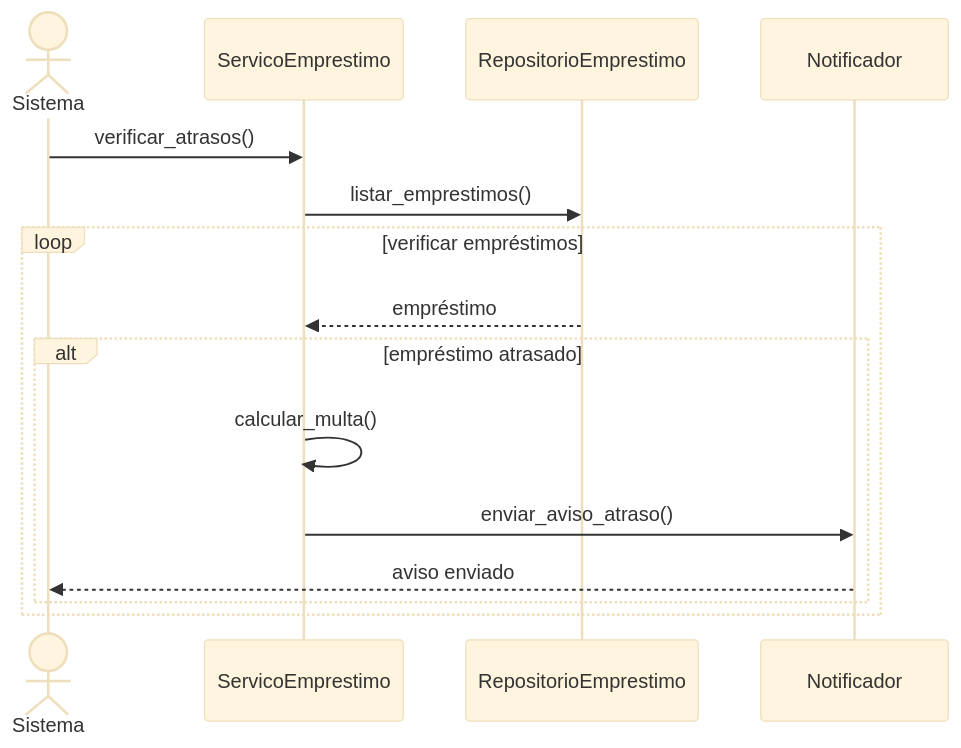
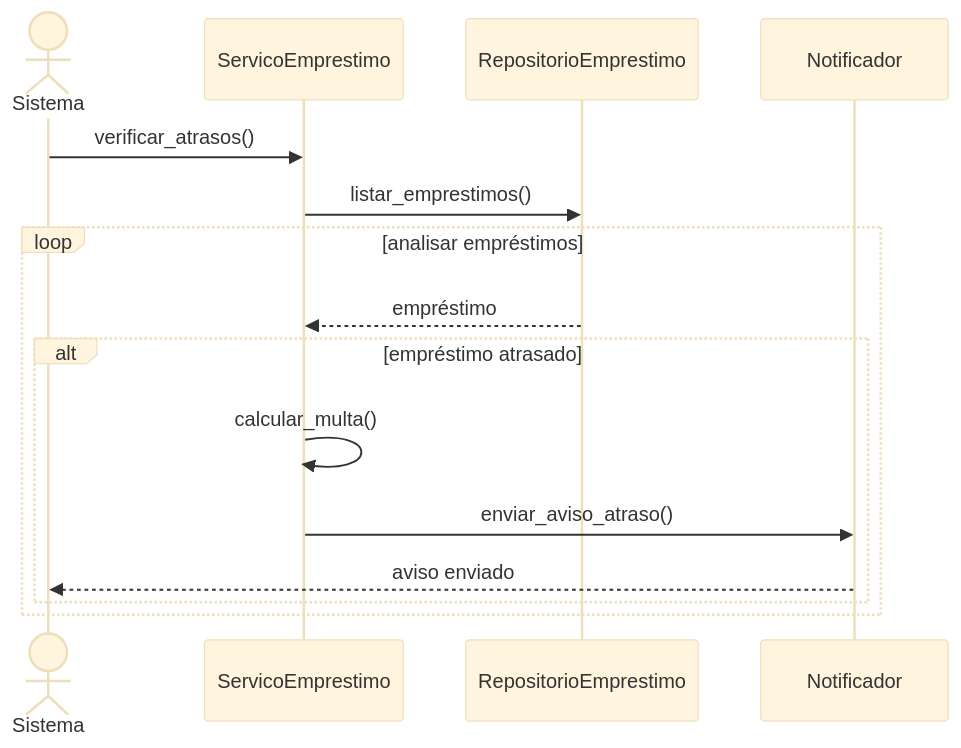
The third of 3 diagrams in docs/diagramas.md (JvPortilho/bsi-pgm-2026.1-ESII), drawn with Mermaid (base theme) before and after one commit. The commit also changed other lines of this file, not shown here.

````diff
--- a/docs/diagramas.md
+++ b/docs/diagramas.md
@@ -74,29 +102,27 @@
 ```mermaid
 sequenceDiagram
+    actor Sistema
 
-actor Sistema
+    participant ServicoEmprestimo
+    participant RepositorioEmprestimo
+    participant Notificador
 
-participant ServicoEmprestimo
-participant RepositorioEmprestimo
-participant Notificador
+    Sistema ->> ServicoEmprestimo: verificar_atrasos()
 
-Sistema ->> ServicoEmprestimo: verificar_atrasos()
+    ServicoEmprestimo ->> RepositorioEmprestimo: listar_emprestimos()
 
-ServicoEmprestimo ->> RepositorioEmprestimo: listar_emprestimos()
+    loop analisar empréstimos
 
-loop verificar empréstimos
+        RepositorioEmprestimo -->> ServicoEmprestimo: empréstimo
 
-RepositorioEmprestimo -->> ServicoEmprestimo: empréstimo
+        alt empréstimo atrasado
 
-alt empréstimo atrasado
+            ServicoEmprestimo ->> ServicoEmprestimo: calcular_multa()
 
-ServicoEmprestimo ->> ServicoEmprestimo: calcular_multa()
+            ServicoEmprestimo ->> Notificador: enviar_aviso_atraso()
 
-ServicoEmprestimo ->> Notificador: enviar_aviso_atraso()
+            Notificador -->> Sistema: aviso enviado
 
-Notificador -->> Sistema: aviso enviado
-
-end
-
-end
+        end
+    end
 ```
````
